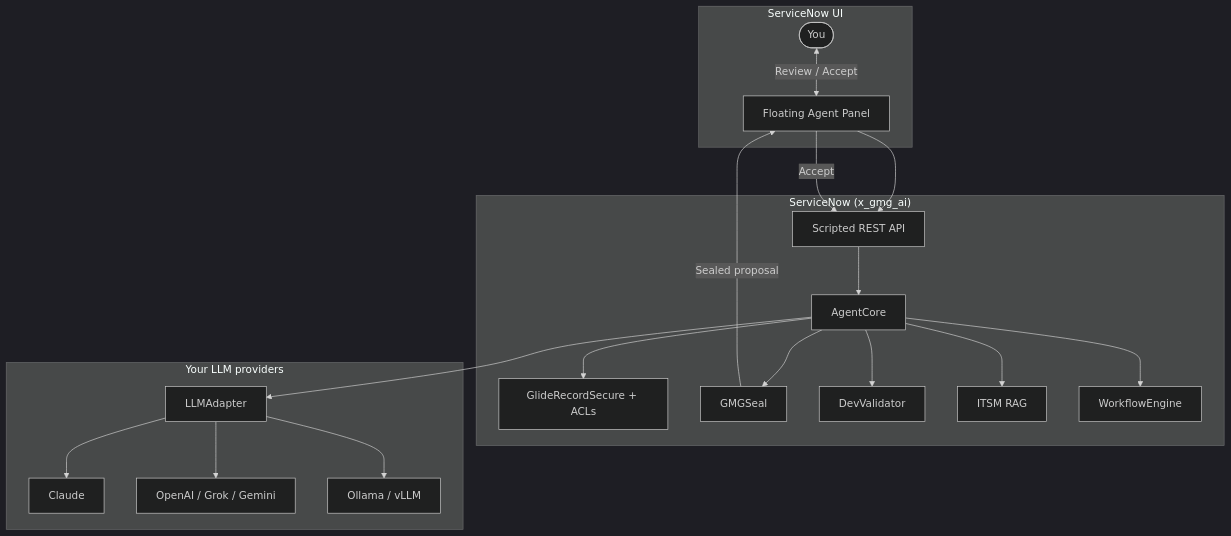
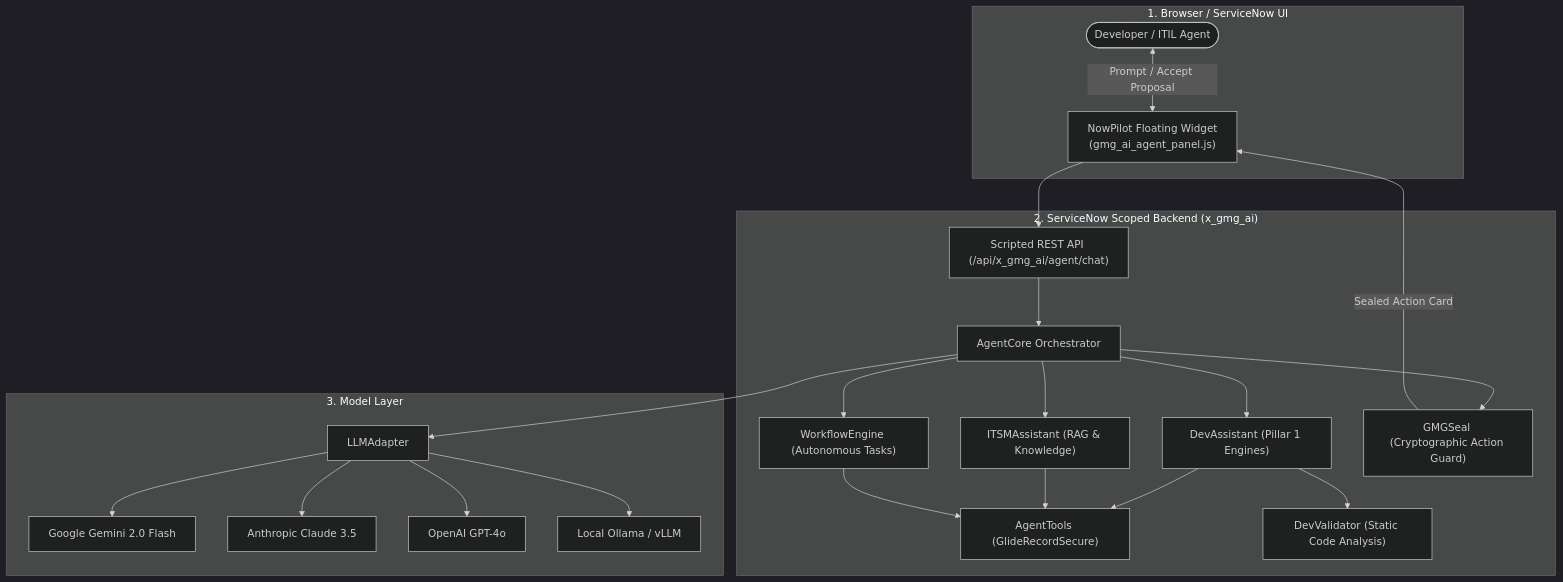
One commit to kRamu581/NowPilot changed the diagram in README.md. Above: the diagram before and after it, drawn with Mermaid (dark theme). The commit also changed other lines of this file and 1 other file, not shown here.

Commit message:
docs(readme): upgrade to v2.0.0 with Pillar 1 features, ATF engine, refactorer, and 224 test suites

````diff
--- a/README.md
+++ b/README.md
@@ -118,38 +180,38 @@
 ```mermaid
 flowchart TD
-    subgraph Browser ["ServiceNow UI"]
-        UI["Floating Agent Panel"]
-        User(["You"])
-        User <-->|Review / Accept| UI
+    subgraph Browser ["1. Browser / ServiceNow UI"]
+        UI["NowPilot Floating Widget<br/>(gmg_ai_agent_panel.js)"]
+        User(["Developer / ITIL Agent"])
+        User <-->|Prompt / Accept Proposal| UI
     end
 
-    subgraph Platform ["ServiceNow (x_gmg_ai)"]
-        REST["Scripted REST API"]
-        AgentCore["AgentCore"]
-        Security["GlideRecordSecure + ACLs"]
-        Seal["GMGSeal"]
-        Dev["DevValidator"]
-        ITSM["ITSM RAG"]
-        Flow["WorkflowEngine"]
+    subgraph Scoped ["2. ServiceNow Scoped Backend (x_gmg_ai)"]
+        REST["Scripted REST API (/api/x_gmg_ai/agent/chat)"]
+        Core["AgentCore Orchestrator"]
+        DevAsst["DevAssistant (Pillar 1 Engines)"]
+        ITSM["ITSMAssistant (RAG & Knowledge)"]
+        WF["WorkflowEngine (Autonomous Tasks)"]
+        Tools["AgentTools (GlideRecordSecure)"]
+        Validator["DevValidator (Static Code Analysis)"]
+        Seal["GMGSeal (Cryptographic Action Guard)"]
     end
 
-    subgraph Models ["Your LLM providers"]
+    subgraph LLM ["3. Model Layer"]
         Adapter["LLMAdapter"]
-        Claude["Claude"]
-        GPT["OpenAI / Grok / Gemini"]
-        Local["Ollama / vLLM"]
+        Gemini["Google Gemini 2.0 Flash"]
+        Claude["Anthropic Claude 3.5"]
+        GPT["OpenAI GPT-4o"]
+        Local["Local Ollama / vLLM"]
     end
 
-    UI --> REST --> AgentCore
-    AgentCore --> Security
-    AgentCore --> Dev
-    AgentCore --> ITSM
-    AgentCore --> Flow
-    AgentCore --> Adapter
-    Adapter --> Claude
-    Adapter --> GPT
-    Adapter --> Local
-    AgentCore --> Seal
-    Seal -->|Sealed proposal| UI
-    UI -->|Accept| REST
+    UI --> REST --> Core
+    Core --> DevAsst
+    Core --> ITSM
+    Core --> WF
+    DevAsst & ITSM & WF --> Tools
+    DevAsst --> Validator
+    Core --> Adapter
+    Adapter --> Gemini & Claude & GPT & Local
+    Core --> Seal
+    Seal -->|Sealed Action Card| UI
 ```
````
